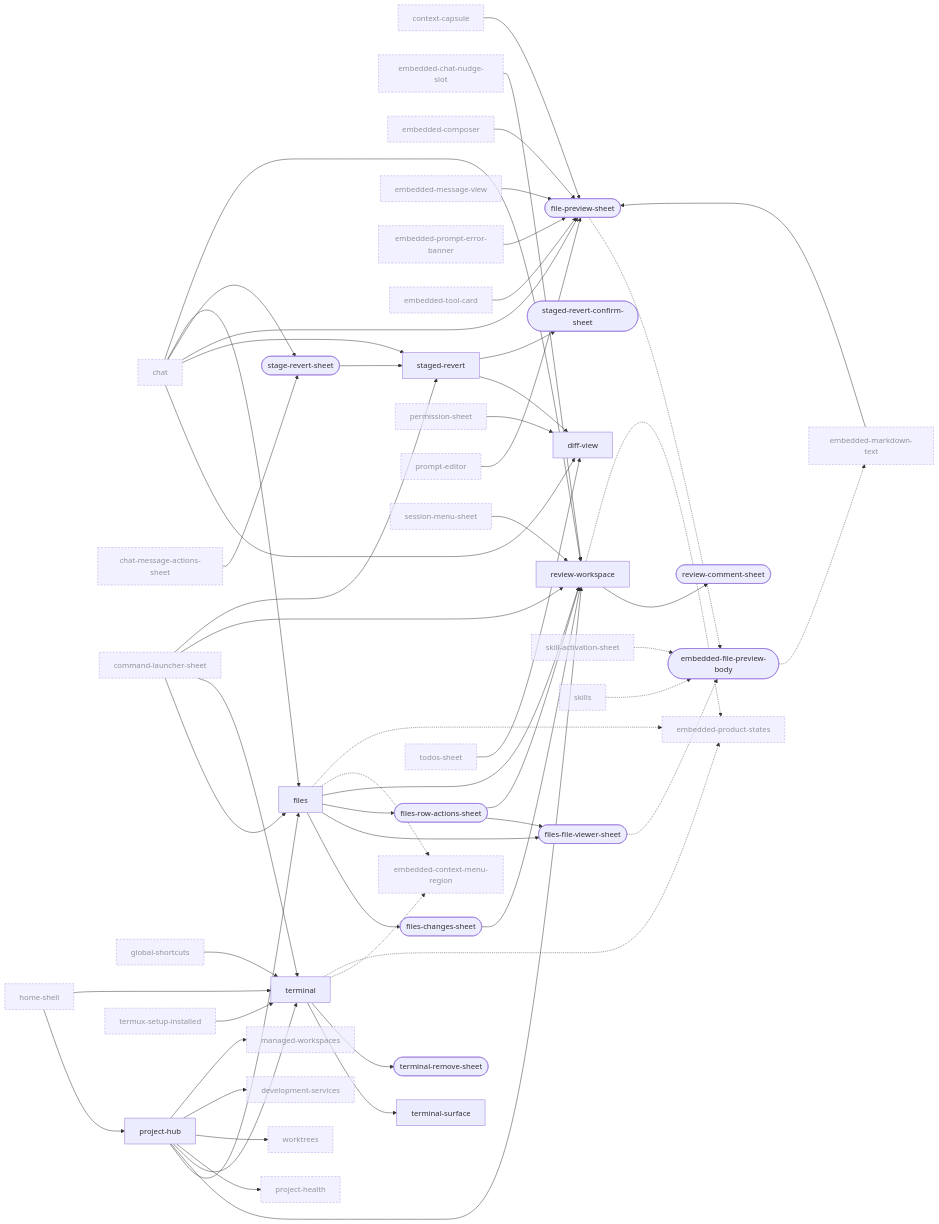
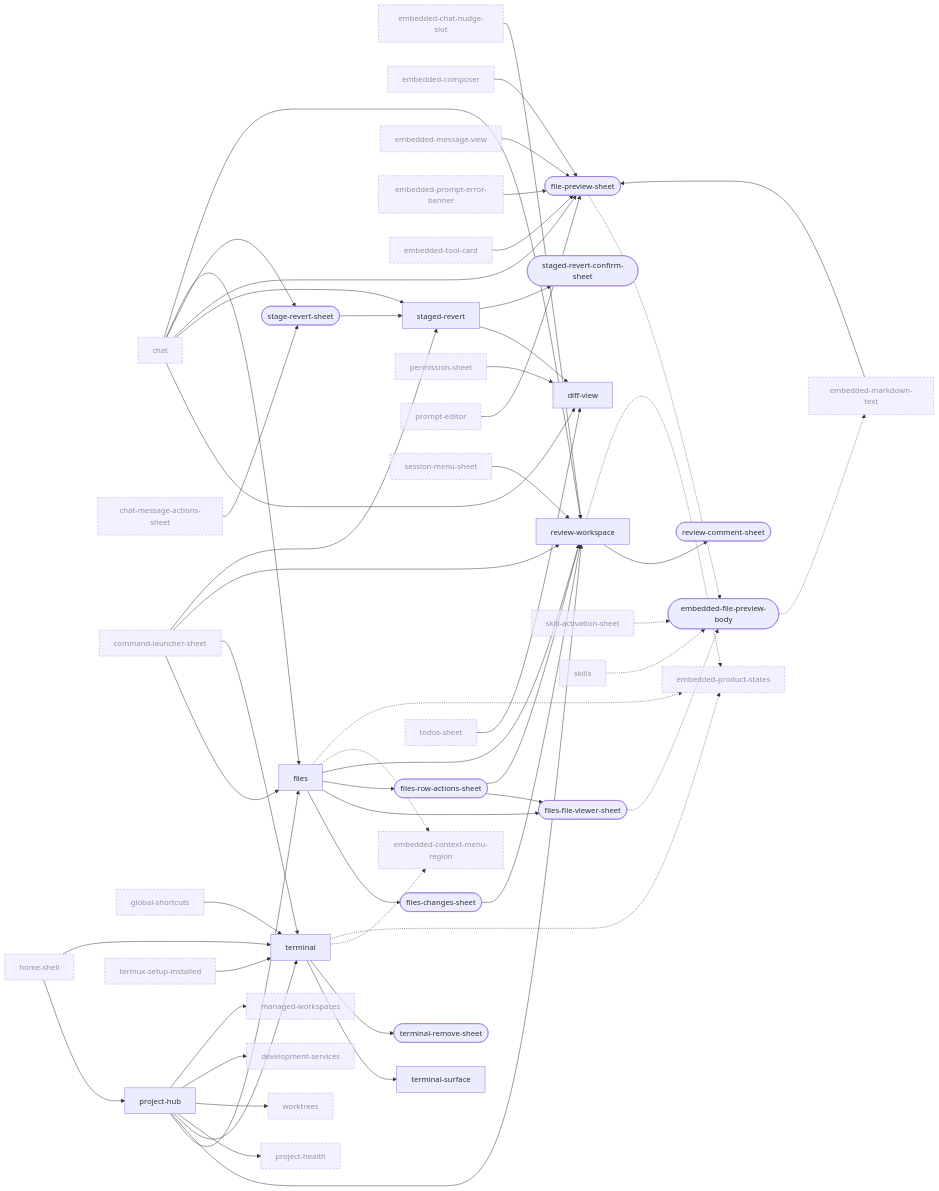
The fourth of 10 diagrams in docs/design/ui-ledger/navigation.md (Breskott/opencode-mobile-next), drawn with Mermaid before and after one commit. The commit also changed other lines of this file and 5 other files, not shown here.

```diff
--- a/docs/design/ui-ledger/navigation.md
+++ b/docs/design/ui-ledger/navigation.md
@@ -580,7 +576,6 @@
   chat["chat"]:::ext
   chat_message_actions_sheet["chat-message-actions-sheet"]:::ext
   command_launcher_sheet["command-launcher-sheet"]:::ext
-  context_capsule["context-capsule"]:::ext
   development_services["development-services"]:::ext
   diff_view["diff-view"]
   embedded_chat_nudge_slot["embedded-chat-nudge-slot"]:::ext
@@ -659,7 +654,6 @@
   staged_revert --> diff_view
   staged_revert --> staged_revert_confirm_sheet
   termux_setup_installed --> terminal
-  context_capsule --> file_preview_sheet
   files -.-> embedded_context_menu_region
   terminal -.-> embedded_context_menu_region
   files -.-> embedded_product_states
```
